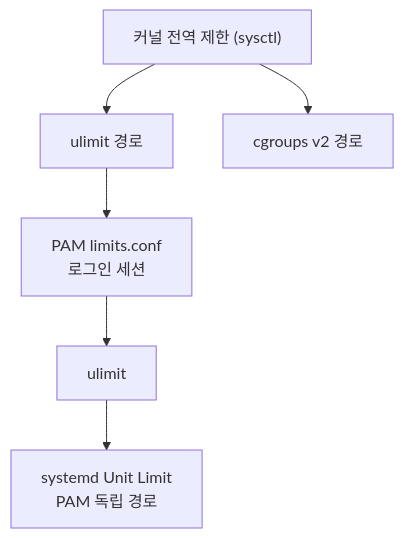
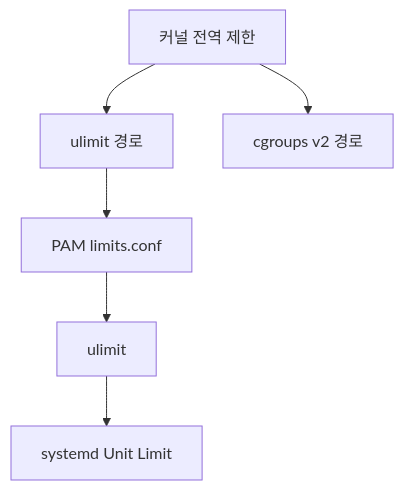
The diagram in content/linux/process-isolation/resource-limits.md (moonblueblue/devops-wiki), drawn with Mermaid before and after one commit. The commit also changed other lines of this file and 37 other files, not shown here.

First line of the commit message:
style: linux 카테고리 ASCII 도표·Mermaid 라벨 형식 교정

````diff
--- a/content/linux/process-isolation/resource-limits.md
+++ b/content/linux/process-isolation/resource-limits.md
@@ -28,9 +28,9 @@
 ```mermaid
 graph TD
-    A["커널 전역 제한 (sysctl)"]
+    A["커널 전역 제한"]
     A --> B[ulimit 경로]
     A --> C[cgroups v2 경로]
-    B --> D["PAM limits.conf\n로그인 세션"]
+    B --> D["PAM limits.conf"]
     D --> E[ulimit]
-    E --> F["systemd Unit Limit\nPAM 독립 경로"]
+    E --> F["systemd Unit Limit"]
 ```
````
